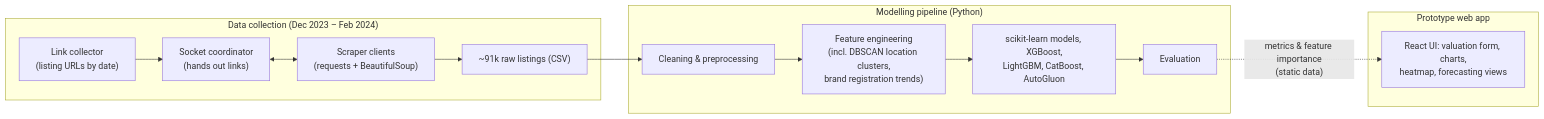
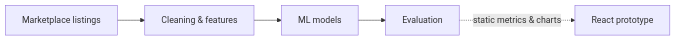
One commit to NikosMav/worthify-case-study changed the diagram in README.md. Above: the diagram before and after it, drawn with Mermaid. The commit also changed other lines of this file, not shown here.

````diff
--- a/README.md
+++ b/README.md
@@ -19,18 +17,7 @@
 ```mermaid
 flowchart LR
-  subgraph Collection["Data collection (Dec 2023 – Feb 2024)"]
-    Links["Link collector<br/>(listing URLs by date)"] --> Server["Socket coordinator<br/>(hands out links)"]
-    Server <--> Clients["Scraper clients<br/>(requests + BeautifulSoup)"]
-    Clients --> Raw["~91k raw listings (CSV)"]
-  end
-  subgraph ML["Modelling pipeline (Python)"]
-    Raw --> Prep["Cleaning & preprocessing"]
-    Prep --> FE["Feature engineering<br/>(incl. DBSCAN location clusters,<br/>brand registration trends)"]
-    FE --> Models["scikit-learn models, XGBoost,<br/>LightGBM, CatBoost, AutoGluon"]
-    Models --> Eval["Evaluation"]
-  end
-  subgraph UI["Prototype web app"]
-    Web["React UI: valuation form, charts,<br/>heatmap, forecasting views"]
-  end
-  Eval -. "metrics & feature importance<br/>(static data)" .-> Web
+  Listings["Marketplace listings"] --> Prep["Cleaning & features"]
+  Prep --> Models["ML models"]
+  Models --> Eval["Evaluation"]
+  Eval -. "static metrics & charts" .-> UI["React prototype"]
 ```
````
